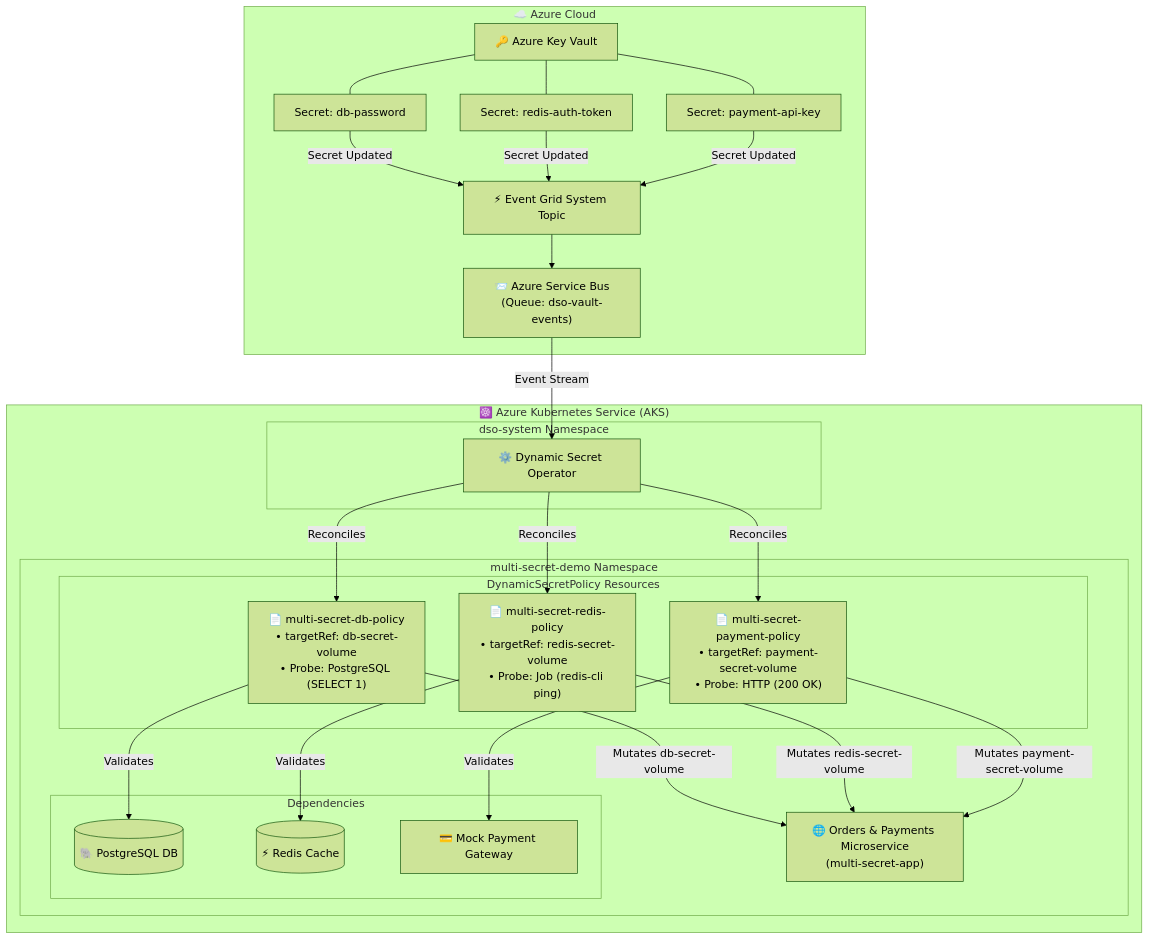
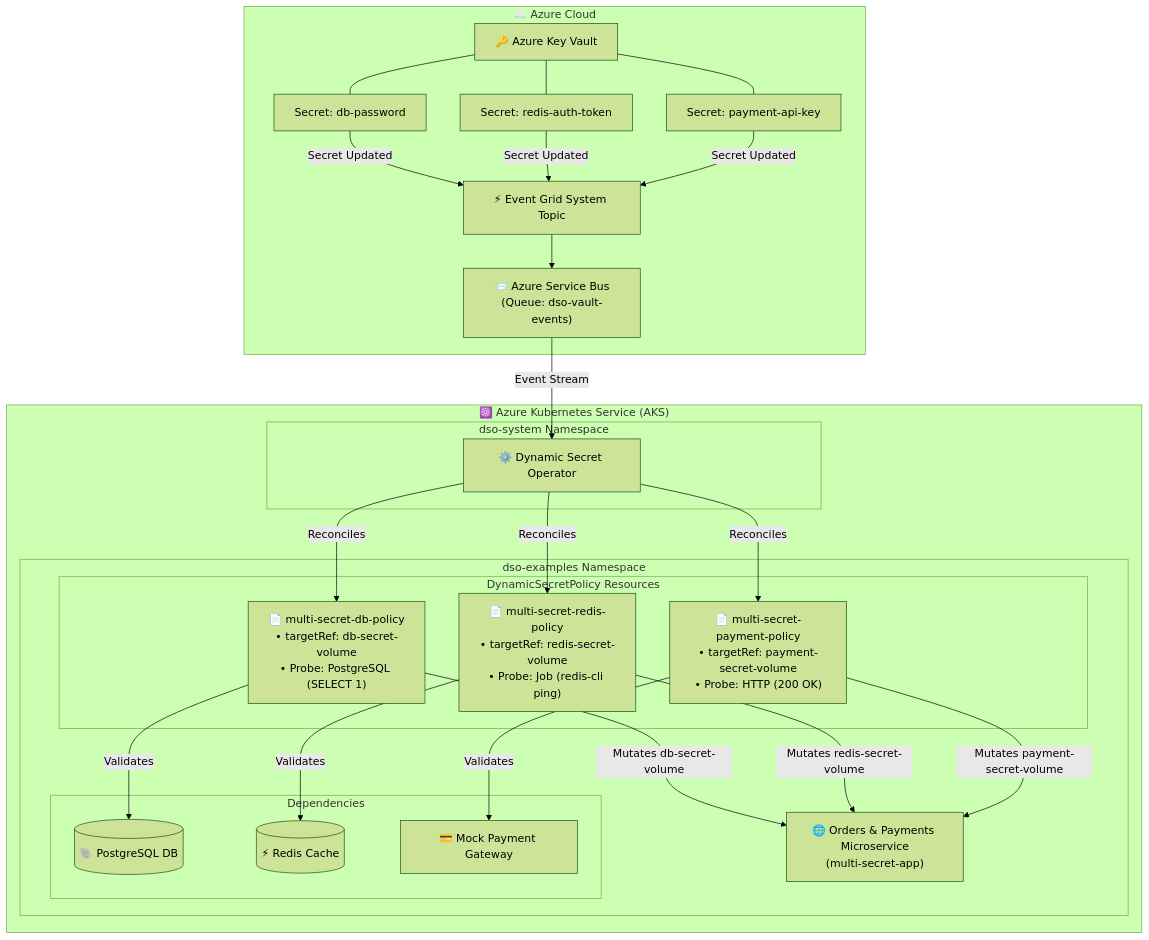
One commit to quantumsys-dev/dynamic-secret-operator changed the diagram in examples/aks/multi-secret-rotation/README.md. Above: the diagram before and after it, drawn with Mermaid (forest theme). The commit also changed other lines of this file and 21 other files, not shown here.

First line of the commit message:
fix: scope secret GC by policy identifier to prevent multi-policy data loss (#53)

````diff
--- a/examples/aks/multi-secret-rotation/README.md
+++ b/examples/aks/multi-secret-rotation/README.md
@@ -9,50 +9,50 @@
 ```mermaid
 flowchart TD
     subgraph AzureCloud ["☁️ Azure Cloud"]
         AKV["🔑 Azure Key Vault"]
         S1["Secret: db-password"]
         S2["Secret: redis-auth-token"]
         S3["Secret: payment-api-key"]
         EG["⚡ Event Grid System Topic"]
         ASB["📨 Azure Service Bus<br/>(Queue: dso-vault-events)"]
     end
 
     AKV --- S1
     AKV --- S2
     AKV --- S3
     S1 & S2 & S3 -->|"Secret Updated"| EG
     EG --> ASB
 
     subgraph AKS ["☸️ Azure Kubernetes Service (AKS)"]
         subgraph DSOSystem ["dso-system Namespace"]
             DSO["⚙️ Dynamic Secret Operator"]
         end
 
         ASB -->|"Event Stream"| DSO
 
-        subgraph DemoApp ["multi-secret-demo Namespace"]
+        subgraph DemoApp ["dso-examples Namespace"]
             APP["🌐 Orders & Payments Microservice<br/>(multi-secret-app)"]
 
             subgraph Policies ["DynamicSecretPolicy Resources"]
                 P1["📄 multi-secret-db-policy<br/>• targetRef: db-secret-volume<br/>• Probe: PostgreSQL (SELECT 1)"]
                 P2["📄 multi-secret-redis-policy<br/>• targetRef: redis-secret-volume<br/>• Probe: Job (redis-cli ping)"]
                 P3["📄 multi-secret-payment-policy<br/>• targetRef: payment-secret-volume<br/>• Probe: HTTP (200 OK)"]
             end
 
             subgraph Backends ["Dependencies"]
                 DB[("🐘 PostgreSQL DB")]
                 CACHE[("⚡ Redis Cache")]
                 GW["💳 Mock Payment Gateway"]
             end
         end
     end
 
     DSO -->|"Reconciles"| P1 & P2 & P3
     P1 -->|"Validates"| DB
     P2 -->|"Validates"| CACHE
     P3 -->|"Validates"| GW
 
     P1 -->|"Mutates db-secret-volume"| APP
     P2 -->|"Mutates redis-secret-volume"| APP
     P3 -->|"Mutates payment-secret-volume"| APP
 ```
````
